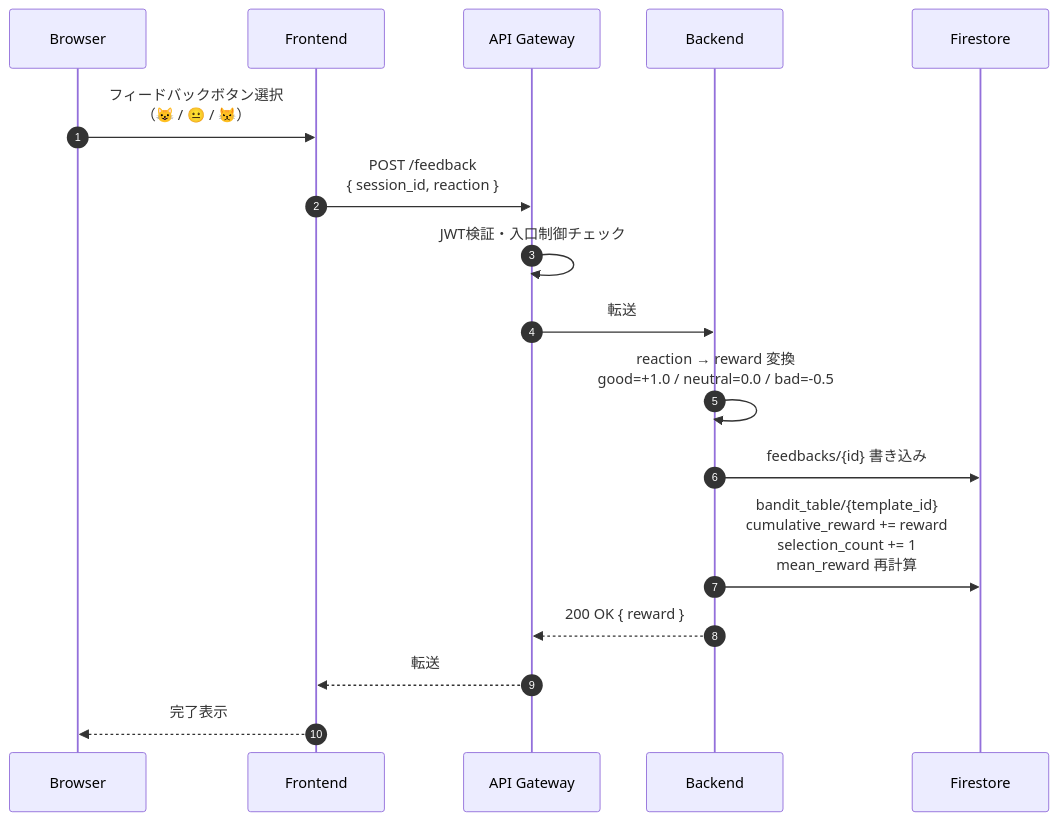
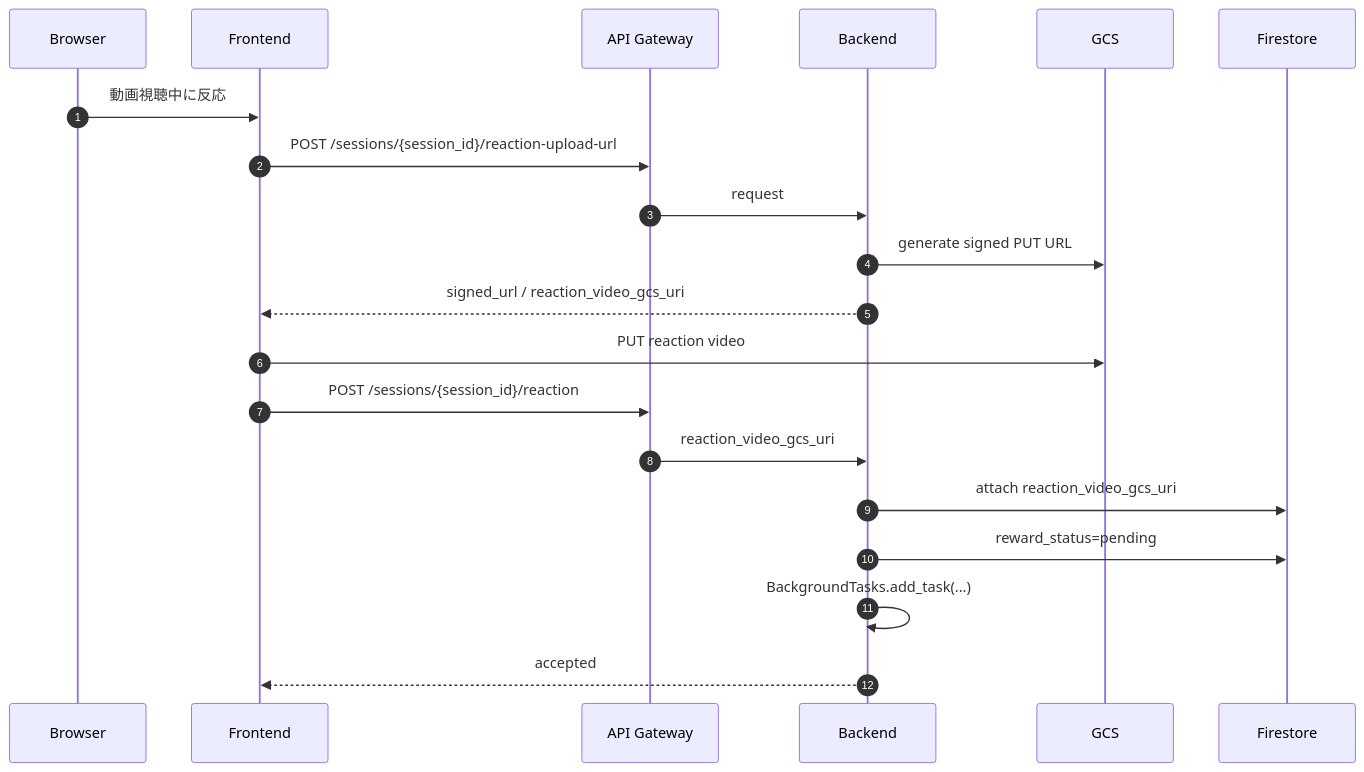
One commit to soy-sorce/tea-pillar changed the third of 5 diagrams in docs/ja/INFRASTRUCTURE.md. Above: the diagram before and after it, drawn with Mermaid. The commit also changed other lines of this file and 3 other files, not shown here.

````diff
--- a/docs/ja/INFRASTRUCTURE.md
+++ b/docs/ja/INFRASTRUCTURE.md
@@ -181,22 +145,23 @@
 ```mermaid
 sequenceDiagram
     autonumber
     participant B as Browser
     participant FE as Frontend
     participant GW as API Gateway
     participant BE as Backend
+    participant GCS as GCS
     participant FS as Firestore
 
-    B->>FE: フィードバックボタン選択<br/>（😺 / 😐 / 😾）
-    FE->>GW: POST /feedback<br/>{ session_id, reaction }
-    GW->>GW: JWT検証・入口制御チェック
-    GW->>BE: 転送
-
-    BE->>BE: reaction → reward 変換<br/>good=+1.0 / neutral=0.0 / bad=-0.5
-    BE->>FS: feedbacks/{id} 書き込み
-    BE->>FS: bandit_table/{template_id}<br/>cumulative_reward += reward<br/>selection_count += 1<br/>mean_reward 再計算
-
-    BE-->>GW: 200 OK { reward }
-    GW-->>FE: 転送
-    FE-->>B: 完了表示
+    B->>FE: 動画視聴中に反応
+    FE->>GW: POST /sessions/{session_id}/reaction-upload-url
+    GW->>BE: request
+    BE->>GCS: generate signed PUT URL
+    BE-->>FE: signed_url / reaction_video_gcs_uri
+    FE->>GCS: PUT reaction video
+    FE->>GW: POST /sessions/{session_id}/reaction
+    GW->>BE: reaction_video_gcs_uri
+    BE->>FS: attach reaction_video_gcs_uri
+    BE->>FS: reward_status=pending
+    BE->>BE: BackgroundTasks.add_task(...)
+    BE-->>FE: accepted
 ```
````
